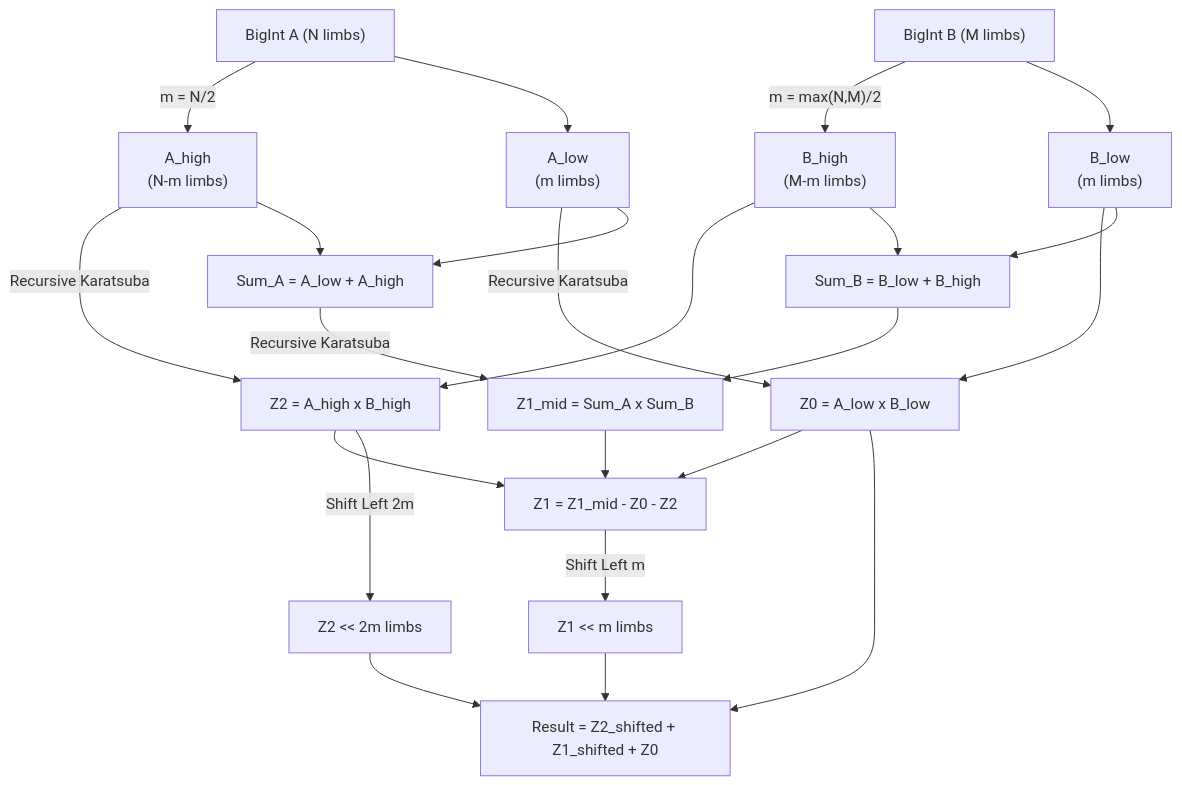
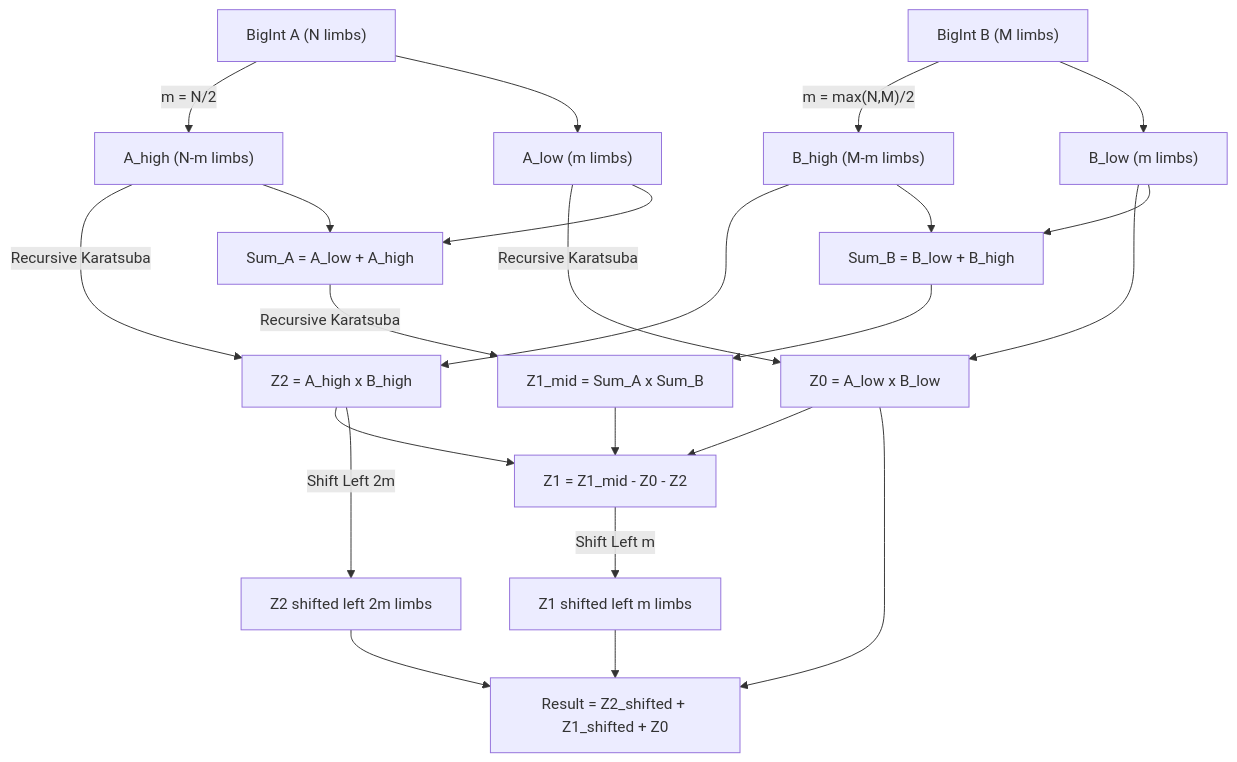
The second of 2 diagrams in README.md (juleshenry/intersekt), drawn with Mermaid before and after one commit. The commit also changed other lines of this file and 1 other file, not shown here.

````diff
--- a/README.md
+++ b/README.md
@@ -119,33 +119,33 @@
 ```mermaid
 flowchart TD
-    A["BigInt A (N limbs)"] --> |"m = N/2"| A_high["A_high<br>(N-m limbs)"]
-    A --> A_low["A_low<br>(m limbs)"]
-    
-    B["BigInt B (M limbs)"] --> |"m = max(N,M)/2"| B_high["B_high<br>(M-m limbs)"]
-    B --> B_low["B_low<br>(m limbs)"]
+A["BigInt A (N limbs)"] --> |"m = N/2"| A_high["A_high (N-m limbs)"]
+A --> A_low["A_low (m limbs)"]
 
-    A_low --> |"Recursive Karatsuba"| Z0["Z0 = A_low x B_low"]
-    B_low --> Z0
-    
-    A_high --> |"Recursive Karatsuba"| Z2["Z2 = A_high x B_high"]
-    B_high --> Z2
-    
-    A_low --> SumA["Sum_A = A_low + A_high"]
-    A_high --> SumA
-    B_low --> SumB["Sum_B = B_low + B_high"]
-    B_high --> SumB
-    
-    SumA --> |"Recursive Karatsuba"| Z1_mid["Z1_mid = Sum_A x Sum_B"]
-    SumB --> Z1_mid
-    
-    Z1_mid --> Z1["Z1 = Z1_mid - Z0 - Z2"]
-    Z0 --> Z1
-    Z2 --> Z1
-    
-    Z2 --> |"Shift Left 2m"| Z2_shifted["Z2 << 2m limbs"]
-    Z1 --> |"Shift Left m"| Z1_shifted["Z1 << m limbs"]
-    
-    Z2_shifted --> Result["Result = Z2_shifted + Z1_shifted + Z0"]
-    Z1_shifted --> Result
-    Z0 --> Result
+B["BigInt B (M limbs)"] --> |"m = max(N,M)/2"| B_high["B_high (M-m limbs)"]
+B --> B_low["B_low (m limbs)"]
+
+A_low --> |"Recursive Karatsuba"| Z0["Z0 = A_low x B_low"]
+B_low --> Z0
+
+A_high --> |"Recursive Karatsuba"| Z2["Z2 = A_high x B_high"]
+B_high --> Z2
+
+A_low --> SumA["Sum_A = A_low + A_high"]
+A_high --> SumA
+B_low --> SumB["Sum_B = B_low + B_high"]
+B_high --> SumB
+
+SumA --> |"Recursive Karatsuba"| Z1_mid["Z1_mid = Sum_A x Sum_B"]
+SumB --> Z1_mid
+
+Z1_mid --> Z1["Z1 = Z1_mid - Z0 - Z2"]
+Z0 --> Z1
+Z2 --> Z1
+
+Z2 --> |"Shift Left 2m"| Z2_shifted["Z2 shifted left 2m limbs"]
+Z1 --> |"Shift Left m"| Z1_shifted["Z1 shifted left m limbs"]
+
+Z2_shifted --> Result["Result = Z2_shifted + Z1_shifted + Z0"]
+Z1_shifted --> Result
+Z0 --> Result
 ```
````
